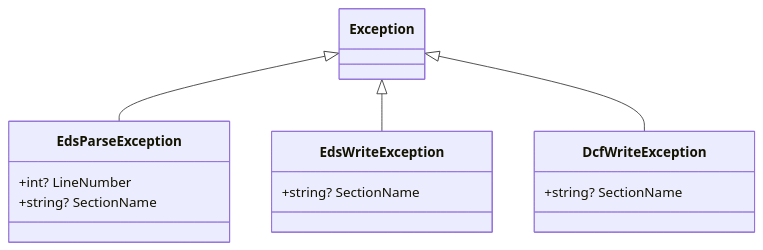
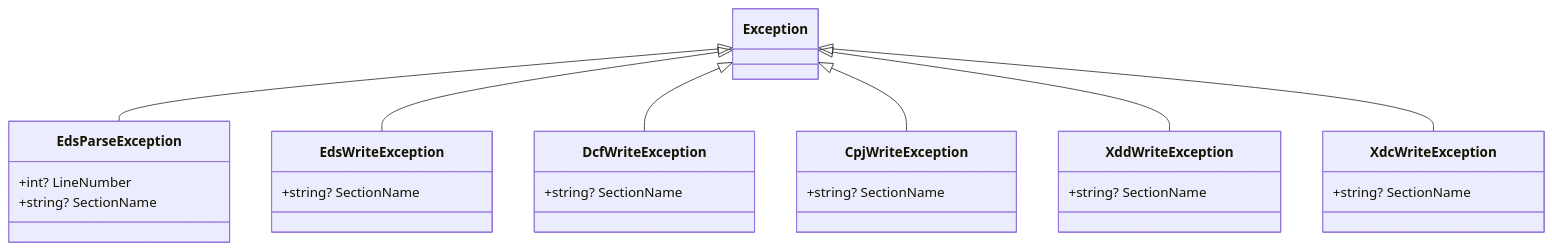
Before and after one commit to dborgards/eds-dcf-net: the seventh of 7 diagrams in docs/architecture/05-building-block-view.md, drawn with Mermaid. The commit also changed other lines of this file and 16 other files, not shown here.

````diff
--- a/docs/architecture/05-building-block-view.md
+++ b/docs/architecture/05-building-block-view.md
@@ -262,19 +262,34 @@
 ```mermaid
 classDiagram
     Exception <|-- EdsParseException
     Exception <|-- EdsWriteException
     Exception <|-- DcfWriteException
+    Exception <|-- CpjWriteException
+    Exception <|-- XddWriteException
+    Exception <|-- XdcWriteException
 
     class EdsParseException {
         +int? LineNumber
         +string? SectionName
     }
 
     class EdsWriteException {
         +string? SectionName
     }
 
     class DcfWriteException {
         +string? SectionName
     }
+
+    class CpjWriteException {
+        +string? SectionName
+    }
+
+    class XddWriteException {
+        +string? SectionName
+    }
+
+    class XdcWriteException {
+        +string? SectionName
+    }
 ```
````
